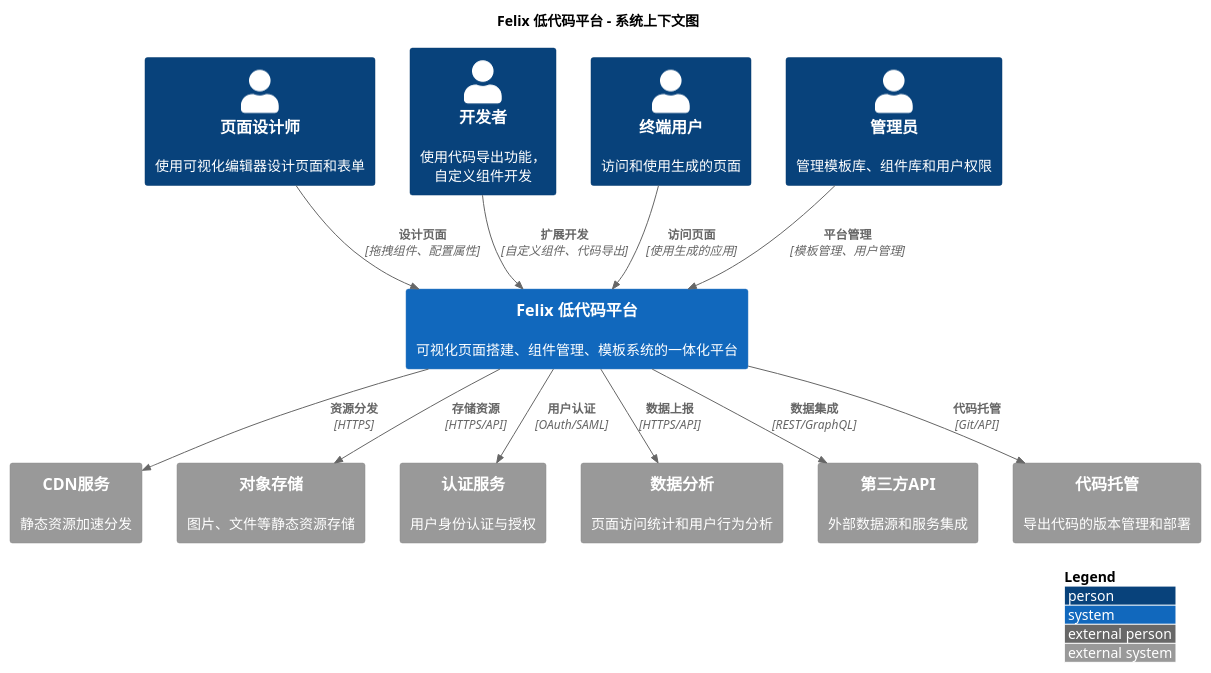
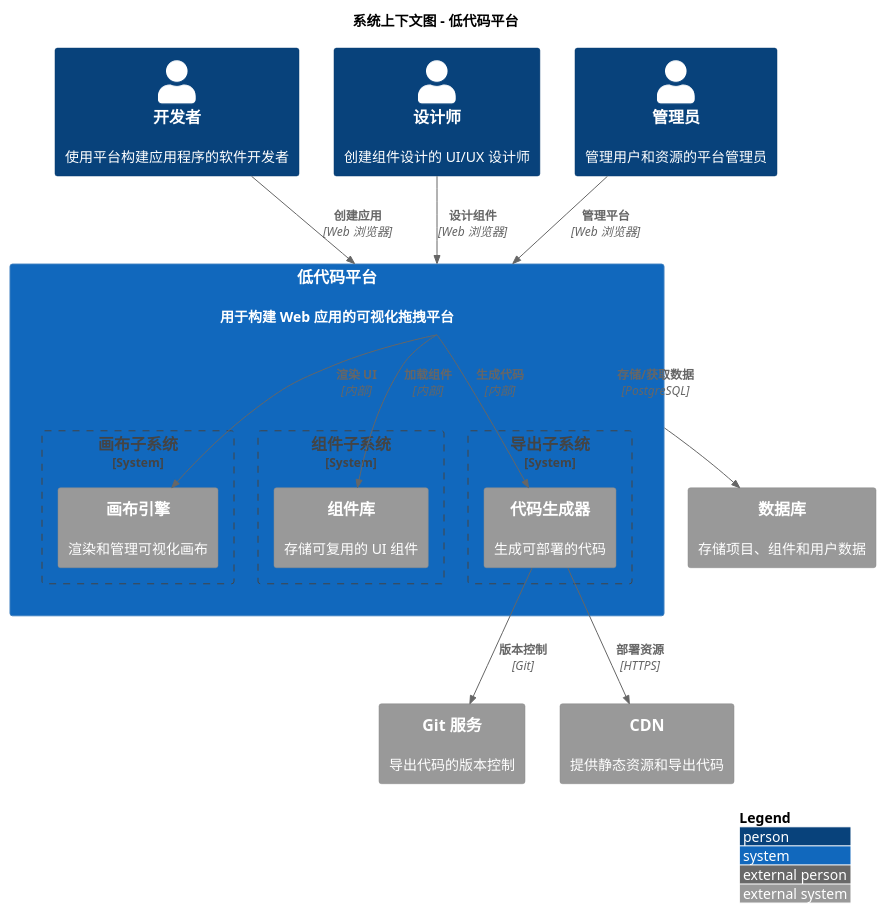
One commit to felixzhu97/low-code-platform changed the diagram in docs/architecture/c4-context.puml. Above: the diagram before and after it, drawn with PlantUML. The commit also changed 3 other files, not shown here.

First line of the commit message:
docs: localize C4 PlantUML includes and update architecture diagrams

```diff
--- a/docs/architecture/c4-context.puml
+++ b/docs/architecture/c4-context.puml
@@ -1,34 +1,40 @@
-@startuml
+@startuml 低代码平台 - C4 上下文图
 !include ./c4-plantuml/C4_Context.puml
 
 LAYOUT_WITH_LEGEND()
 
-title Felix 低代码平台 - 系统上下文图
+title 系统上下文图 - 低代码平台
 
-Person(designer, "页面设计师", "使用可视化编辑器设计页面和表单")
-Person(developer, "开发者", "使用代码导出功能，自定义组件开发")
-Person(enduser, "终端用户", "访问和使用生成的页面")
-Person(admin, "管理员", "管理模板库、组件库和用户权限")
+Person(developer, "开发者", "使用平台构建应用程序的软件开发者")
+Person(designer, "设计师", "创建组件设计的 UI/UX 设计师")
+Person(admin, "管理员", "管理用户和资源的平台管理员")
 
-System(lowcode, "Felix 低代码平台", "可视化页面搭建、组件管理、模板系统的一体化平台")
+System(lowcode, "低代码平台", "用于构建 Web 应用的可视化拖拽平台") {
+    System_Boundary(canvas, "画布子系统") {
+        System_Ext(canvas_engine, "画布引擎", "渲染和管理可视化画布")
+    }
+    System_Boundary(component, "组件子系统") {
+        System_Ext(component_lib, "组件库", "存储可复用的 UI 组件")
+    }
+    System_Boundary(export, "导出子系统") {
+        System_Ext(code_generator, "代码生成器", "生成可部署的代码")
+    }
+}
 
-System_Ext(cdn, "CDN服务", "静态资源加速分发")
-System_Ext(storage, "对象存储", "图片、文件等静态资源存储")
-System_Ext(auth, "认证服务", "用户身份认证与授权")
-System_Ext(analytics, "数据分析", "页面访问统计和用户行为分析")
-System_Ext(api, "第三方API", "外部数据源和服务集成")
-System_Ext(export_service, "代码托管", "导出代码的版本管理和部署")
+System_Ext(git, "Git 服务", "导出代码的版本控制")
+System_Ext(cdn, "CDN", "提供静态资源和导出代码")
+System_Ext(db, "数据库", "存储项目、组件和用户数据")
 
-Rel(designer, lowcode, "设计页面", "拖拽组件、配置属性")
-Rel(developer, lowcode, "扩展开发", "自定义组件、代码导出")
-Rel(admin, lowcode, "平台管理", "模板管理、用户管理")
-Rel(enduser, lowcode, "访问页面", "使用生成的应用")
+Rel(developer, lowcode, "创建应用", "Web 浏览器")
+Rel(designer, lowcode, "设计组件", "Web 浏览器")
+Rel(admin, lowcode, "管理平台", "Web 浏览器")
 
-Rel(lowcode, storage, "存储资源", "HTTPS/API")
-Rel(lowcode, cdn, "资源分发", "HTTPS")
-Rel(lowcode, auth, "用户认证", "OAuth/SAML")
-Rel(lowcode, analytics, "数据上报", "HTTPS/API")
-Rel(lowcode, api, "数据集成", "REST/GraphQL")
-Rel(lowcode, export_service, "代码托管", "Git/API")
+Rel(lowcode, canvas_engine, "渲染 UI", "内部")
+Rel(lowcode, component_lib, "加载组件", "内部")
+Rel(lowcode, code_generator, "生成代码", "内部")
 
-@enduml 
+Rel(lowcode, db, "存储/获取数据", "PostgreSQL")
+Rel(code_generator, git, "版本控制", "Git")
+Rel(code_generator, cdn, "部署资源", "HTTPS")
+
+@enduml
```
